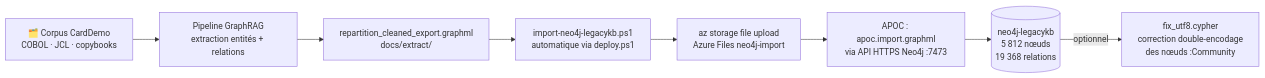
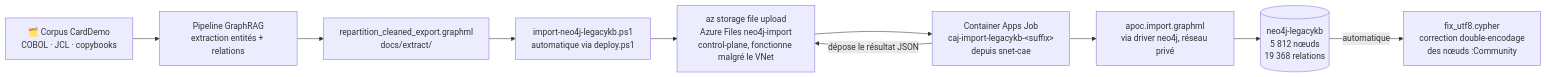
Before and after one commit to vgicquiau/notebooklm-azure: diagram 15 of 15 in ARCHITECTURE.md, drawn with Mermaid. The commit also changed other lines of this file and 21 other files, not shown here.

````diff
--- a/ARCHITECTURE.md
+++ b/ARCHITECTURE.md
@@ -1522,10 +1565,12 @@
 ```mermaid
 flowchart LR
     A[🗂️ Corpus CardDemo\nCOBOL · JCL · copybooks] --> B[Pipeline GraphRAG\nextraction entités + relations]
     B --> C[repartition_cleaned_export.graphml\ndocs/extract/]
     C --> D[import-neo4j-legacykb.ps1\nautomatique via deploy.ps1]
-    D --> E[az storage file upload\nAzure Files neo4j-import]
-    E --> F[APOC : apoc.import.graphml\nvia API HTTPS Neo4j :7473]
-    F --> G[(neo4j-legacykb\n5 812 nœuds\n19 368 relations)]
-    G -->|optionnel| H[fix_utf8.cypher\ncorrection double-encodage\ndes nœuds :Community]
+    D --> E[az storage file upload\nAzure Files neo4j-import\ncontrol-plane, fonctionne malgré le VNet]
+    E --> F[Container Apps Job\ncaj-import-legacykb-&lt;suffix&gt;\ndepuis snet-cae]
+    F --> G2[apoc.import.graphml\nvia driver neo4j, réseau privé]
+    G2 --> G[(neo4j-legacykb\n5 812 nœuds\n19 368 relations)]
+    G -->|automatique| H[fix_utf8.cypher\ncorrection double-encodage\ndes nœuds :Community]
+    F -->|dépose le résultat JSON| E
 ```
````
